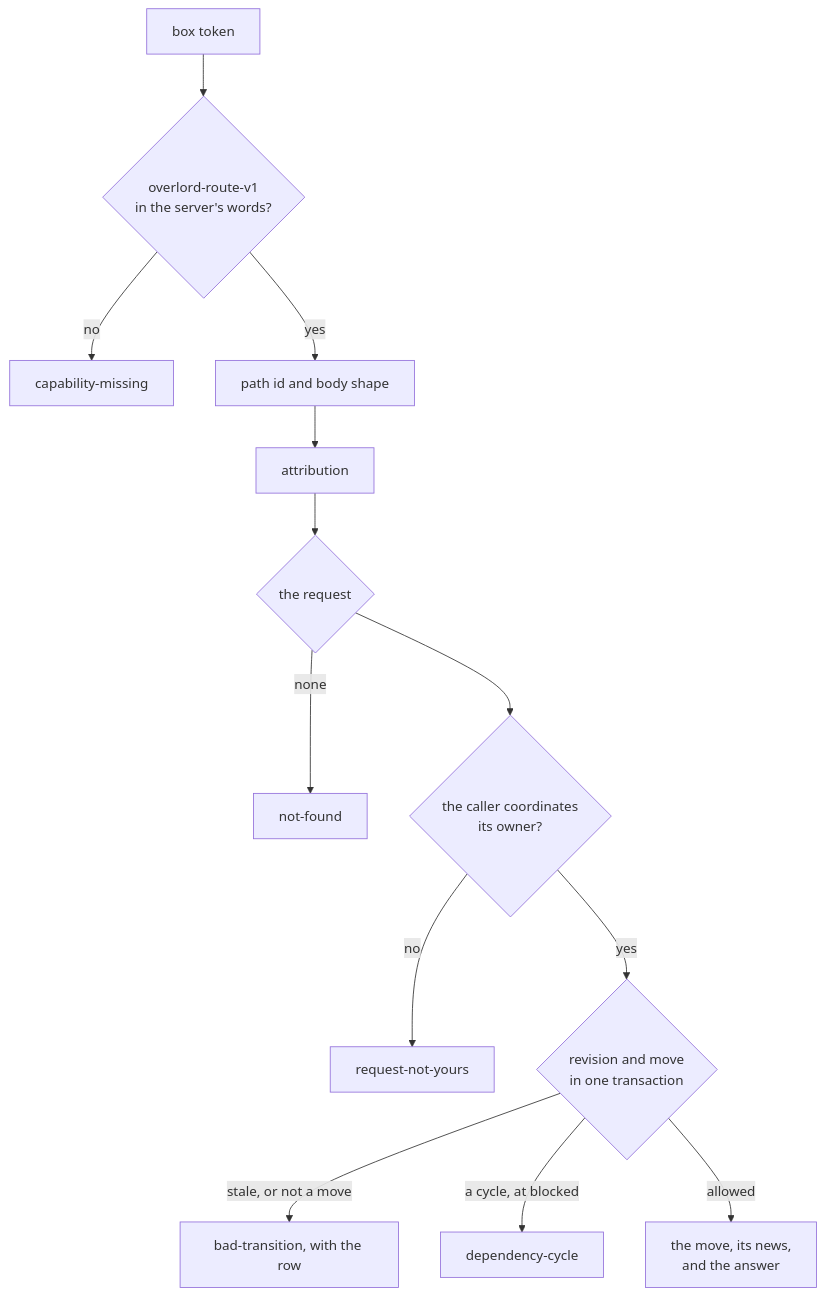
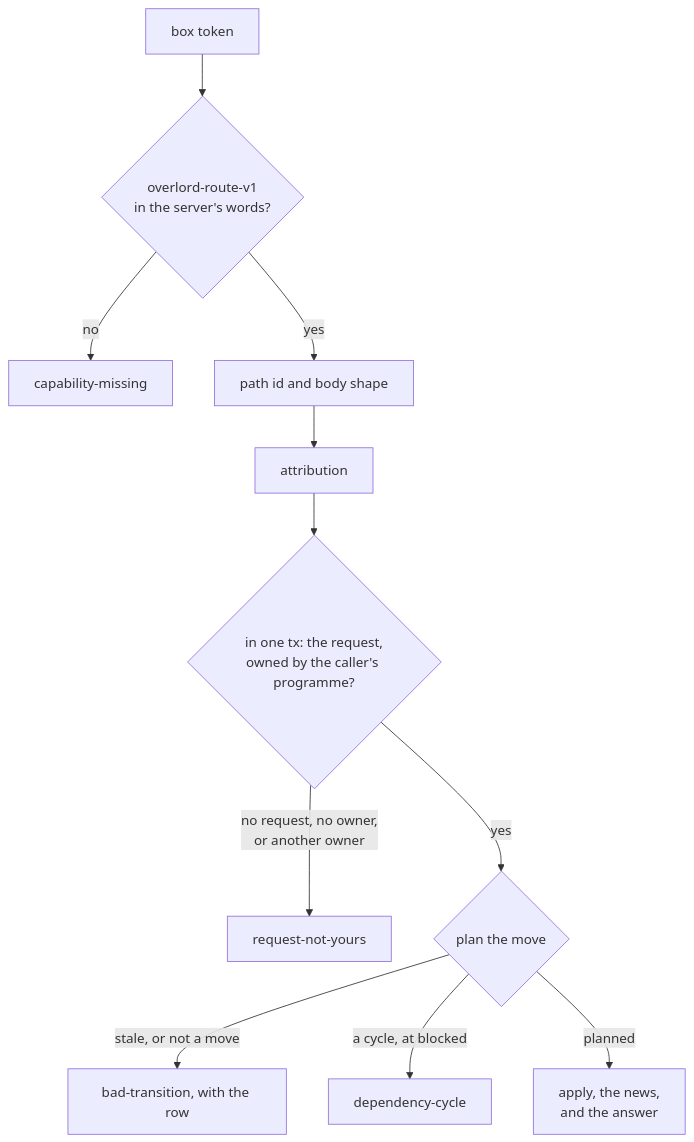
One commit to Synapsium-Labs/ccrc-pwa changed the first of 3 diagrams in docs/superpowers/plans/2026-11-16-overlord-w2/w2-coordinator-doors.md. Above: the diagram before and after it, drawn with Mermaid. The commit also changed other lines of this file and 1 other file, not shown here.

````diff
--- a/docs/superpowers/plans/2026-11-16-overlord-w2/w2-coordinator-doors.md
+++ b/docs/superpowers/plans/2026-11-16-overlord-w2/w2-coordinator-doors.md
@@ -210,15 +277,13 @@
 ```mermaid
 flowchart TD
   T["box token"] --> W{"overlord-route-v1<br/>in the server's words?"}
   W -->|"no"| CM["capability-missing"]
   W -->|"yes"| B["path id and body shape"]
   B --> A["attribution"]
-  A --> R{"the request"}
-  R -->|"none"| NF["not-found"]
-  R --> O{"the caller coordinates<br/>its owner?"}
-  O -->|"no"| NY["request-not-yours"]
-  O -->|"yes"| V{"revision and move<br/>in one transaction"}
-  V -->|"stale, or not a move"| BT["bad-transition, with the row"]
-  V -->|"a cycle, at blocked"| DC["dependency-cycle"]
-  V -->|"allowed"| OK["the move, its news,<br/>and the answer"]
+  A --> R{"in one tx: the request,<br/>owned by the caller's programme?"}
+  R -->|"no request, no owner,<br/>or another owner"| NY["request-not-yours"]
+  R -->|"yes"| P{"plan the move"}
+  P -->|"stale, or not a move"| BT["bad-transition, with the row"]
+  P -->|"a cycle, at blocked"| DC["dependency-cycle"]
+  P -->|"planned"| AP["apply, the news,<br/>and the answer"]
 ```
````
